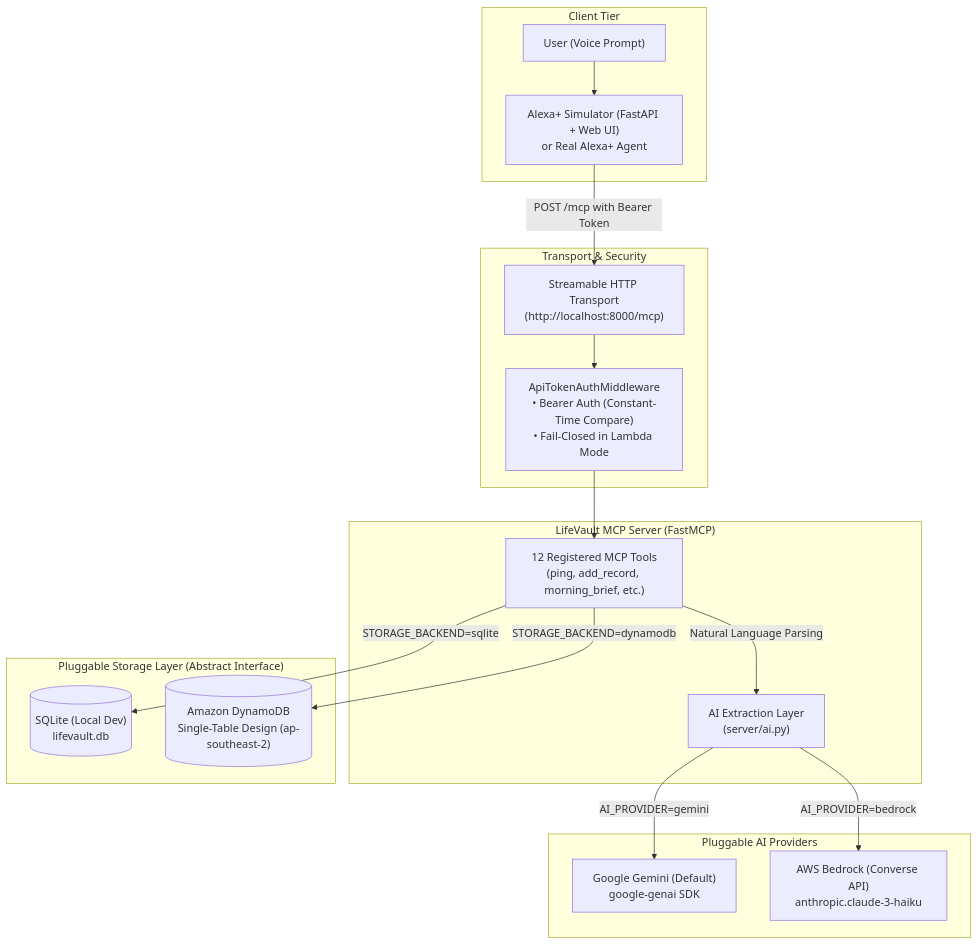
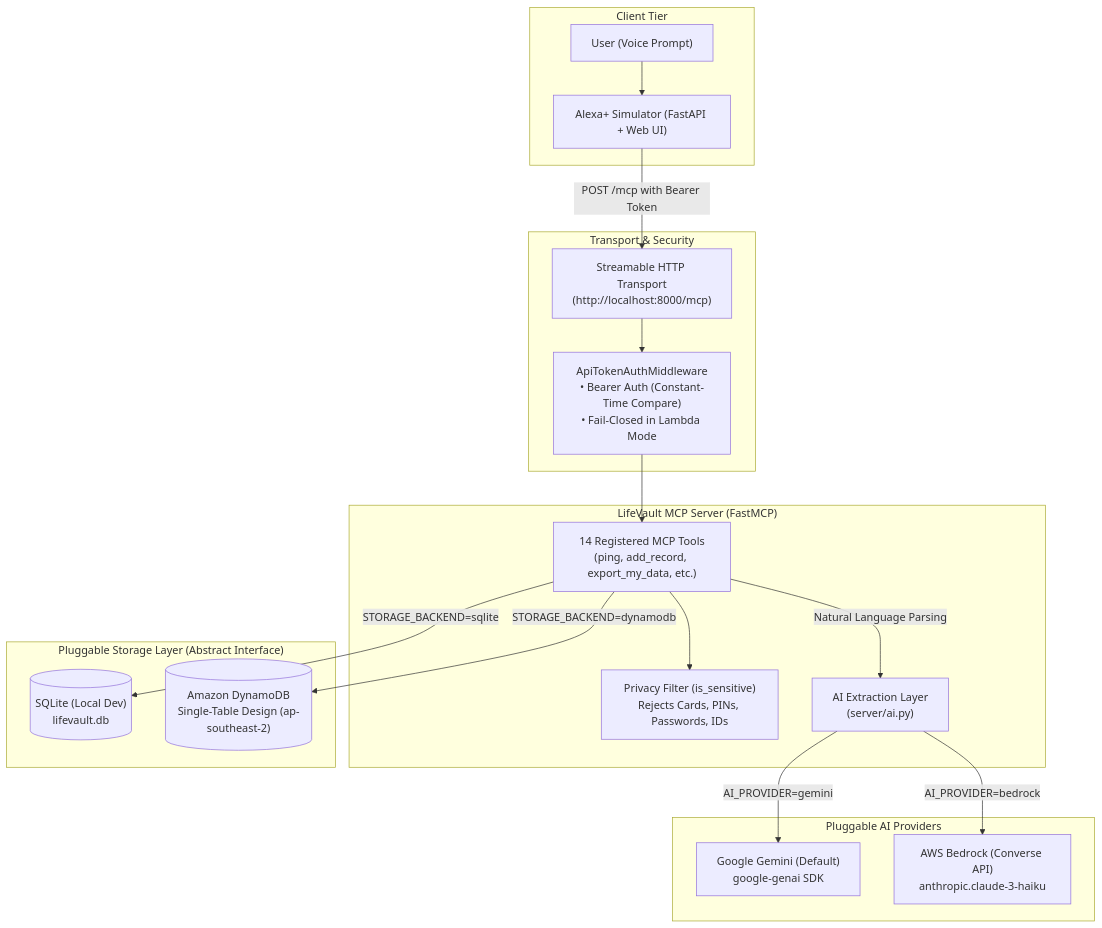
One commit to Adityasaini117/livevault changed the diagram in README.md. Above: the diagram before and after it, drawn with Mermaid. The commit also changed other lines of this file, not shown here.

````diff
--- a/README.md
+++ b/README.md
@@ -29,37 +29,39 @@
 ```mermaid
 flowchart TD
     subgraph Client["Client Tier"]
         VoiceUser["User (Voice Prompt)"]
-        Simulator["Alexa+ Simulator (FastAPI + Web UI)<br/>or Real Alexa+ Agent"]
+        Simulator["Alexa+ Simulator (FastAPI + Web UI)"]
     end
 
     subgraph Transport["Transport & Security"]
         StreamableHTTP["Streamable HTTP Transport<br/>(http://localhost:8000/mcp)"]
         AuthMiddleware["ApiTokenAuthMiddleware<br/>• Bearer Auth (Constant-Time Compare)<br/>• Fail-Closed in Lambda Mode"]
     end
 
     subgraph MCPServer["LifeVault MCP Server (FastMCP)"]
-        Tools["12 Registered MCP Tools<br/>(ping, add_record, morning_brief, etc.)"]
+        Tools["14 Registered MCP Tools<br/>(ping, add_record, export_my_data, etc.)"]
+        PrivacyGuard["Privacy Filter (is_sensitive)<br/>Rejects Cards, PINs, Passwords, IDs"]
         AILayer["AI Extraction Layer<br/>(server/ai.py)"]
     end
 
     subgraph AIProviders["Pluggable AI Providers"]
         Gemini["Google Gemini (Default)<br/>google-genai SDK"]
         Bedrock["AWS Bedrock (Converse API)<br/>anthropic.claude-3-haiku"]
     end
 
     subgraph StorageBackends["Pluggable Storage Layer (Abstract Interface)"]
         SQLite[("SQLite (Local Dev)<br/>lifevault.db")]
         DynamoDB[("Amazon DynamoDB<br/>Single-Table Design (ap-southeast-2)")]
     end
 
     VoiceUser --> Simulator
     Simulator -->|POST /mcp with Bearer Token| StreamableHTTP
     StreamableHTTP --> AuthMiddleware
     AuthMiddleware --> Tools
+    Tools --> PrivacyGuard
     Tools -->|Natural Language Parsing| AILayer
     AILayer -->|AI_PROVIDER=gemini| Gemini
     AILayer -->|AI_PROVIDER=bedrock| Bedrock
     Tools -->|STORAGE_BACKEND=sqlite| SQLite
     Tools -->|STORAGE_BACKEND=dynamodb| DynamoDB
 ```
````
